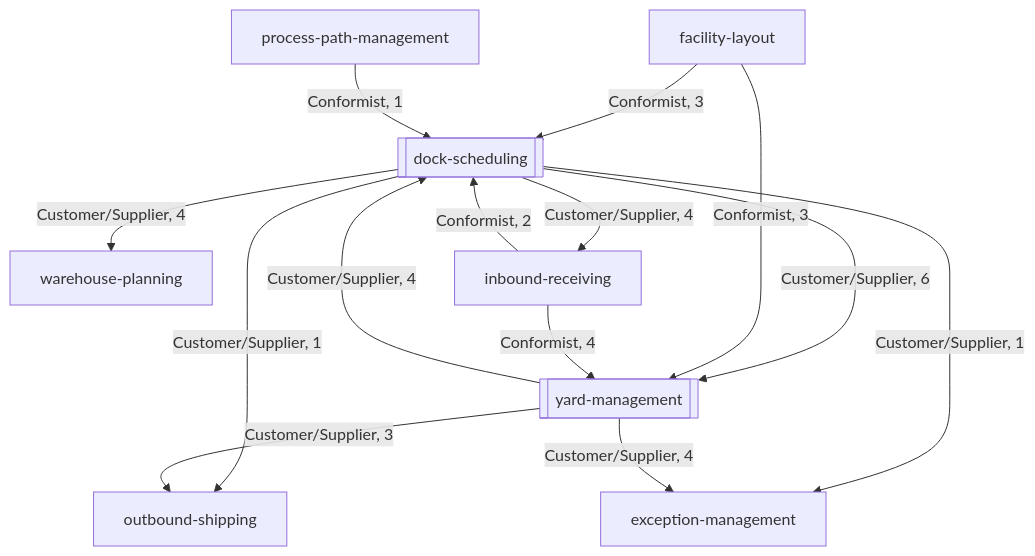
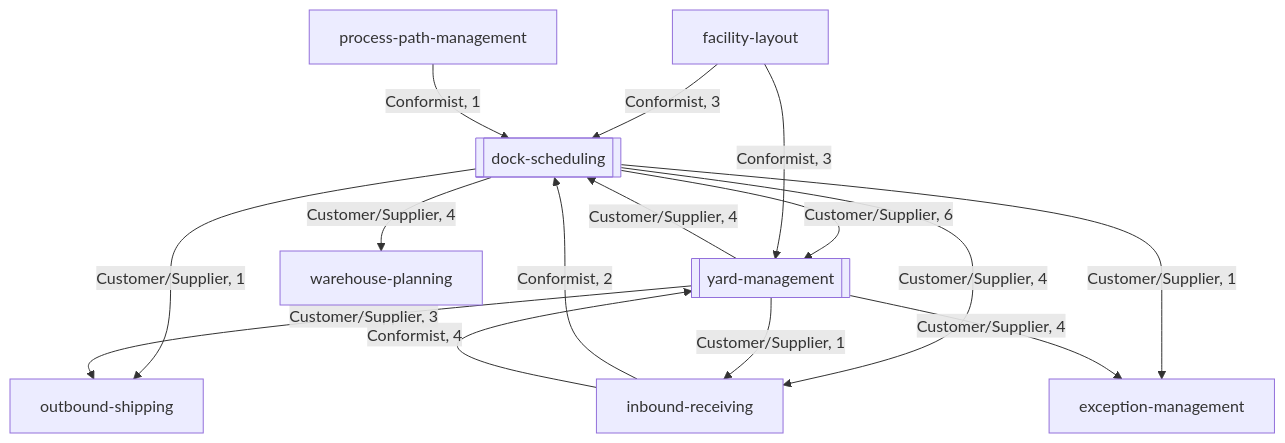
One commit to IQVO/warehouse-docs changed the diagram in yard/docs/strategic-design/context-map.md. Above: the diagram before and after it, drawn with Mermaid. The commit also changed other lines of this file and 7 other files, not shown here.

Commit message:
docs(yard): add the yard-management to inbound-receiving VisitCheckedIn edge (K76) and flip the applied edges to live

````diff
--- a/yard/docs/strategic-design/context-map.md
+++ b/yard/docs/strategic-design/context-map.md
@@ -18,24 +18,25 @@
 ```mermaid
 flowchart TD
   dock_scheduling[["dock-scheduling"]]
   yard_management[["yard-management"]]
   warehouse_planning["warehouse-planning"]
   inbound_receiving["inbound-receiving"]
   outbound_shipping["outbound-shipping"]
   exception_management["exception-management"]
   facility_layout["facility-layout"]
   process_path_management["process-path-management"]
   dock_scheduling -->|Customer/Supplier, 6| yard_management
   dock_scheduling -->|Customer/Supplier, 4| warehouse_planning
   dock_scheduling -->|Customer/Supplier, 4| inbound_receiving
   dock_scheduling -->|Customer/Supplier, 1| outbound_shipping
   dock_scheduling -->|Customer/Supplier, 1| exception_management
   yard_management -->|Customer/Supplier, 4| dock_scheduling
+  yard_management -->|Customer/Supplier, 1| inbound_receiving
   yard_management -->|Customer/Supplier, 4| exception_management
   yard_management -->|Customer/Supplier, 3| outbound_shipping
   facility_layout -->|Conformist, 3| dock_scheduling
   inbound_receiving -->|Conformist, 2| dock_scheduling
   process_path_management -->|Conformist, 1| dock_scheduling
   facility_layout -->|Conformist, 3| yard_management
   inbound_receiving -->|Conformist, 4| yard_management
 ```
````
